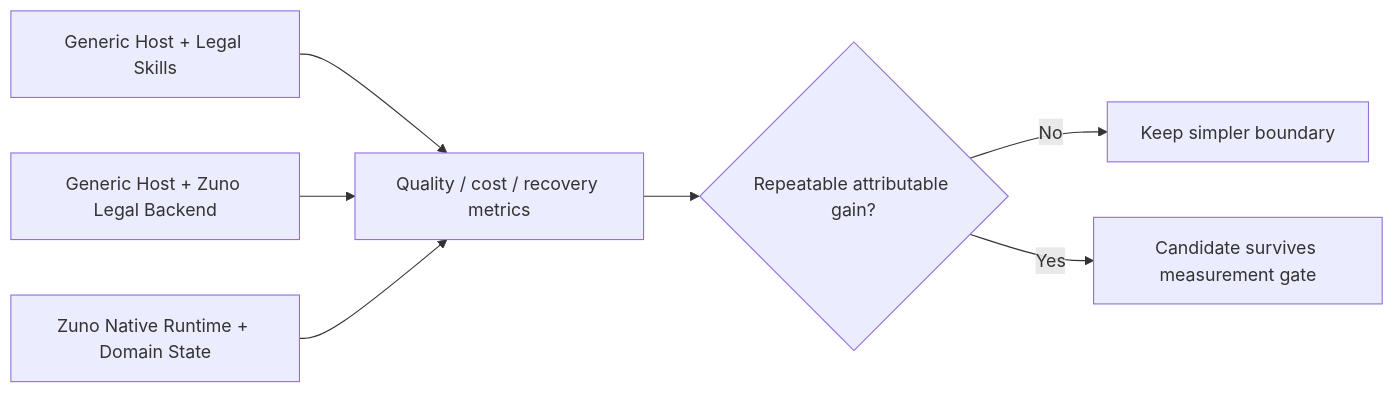
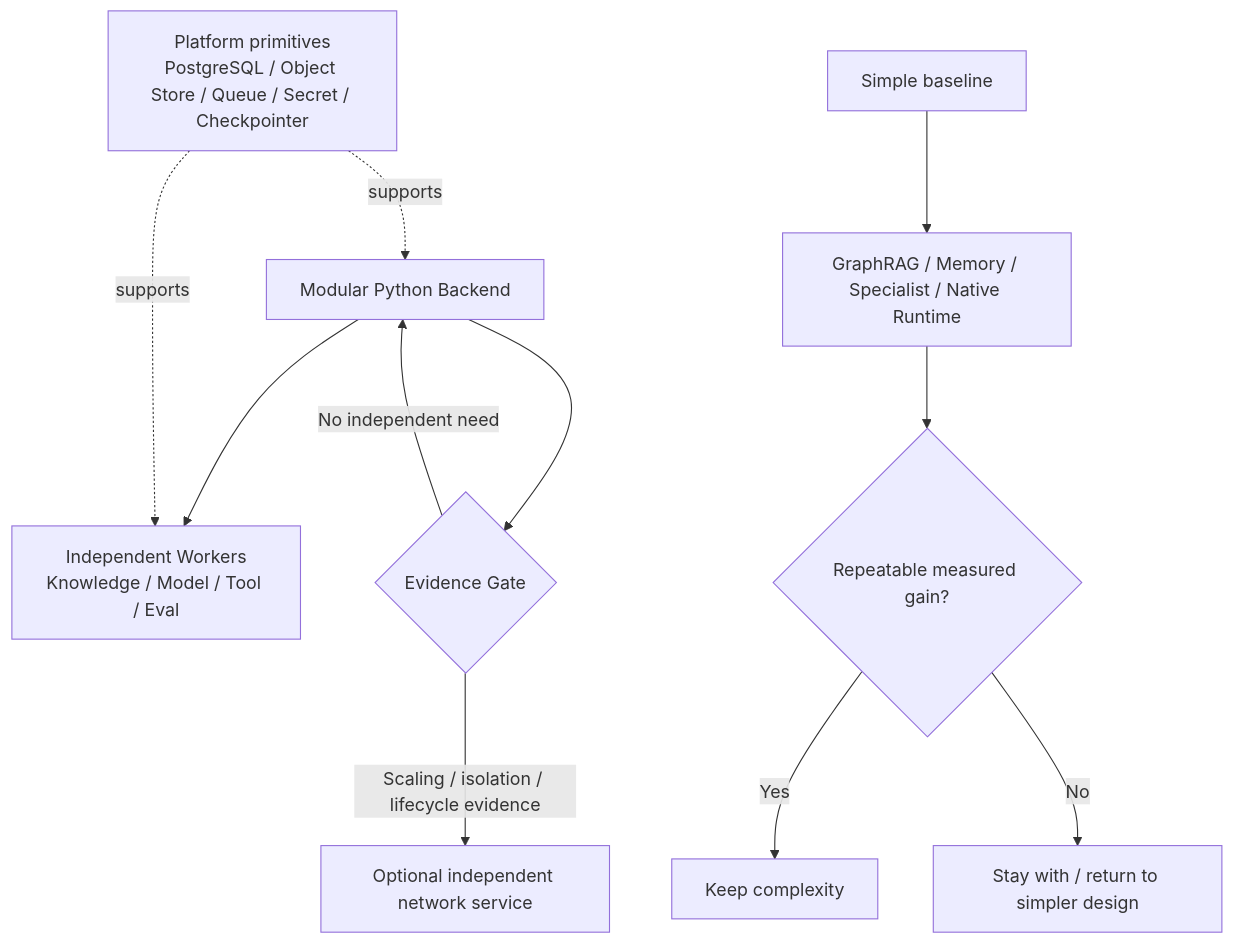
One commit to ProfessorZhi/Zuno changed the sixth of 6 diagrams in docs/architecture/architecture-views.md. Above: the diagram before and after it, drawn with Mermaid. The commit also changed other lines of this file and 10 other files, not shown here.

First line of the commit message:
docs: rewrite overall architecture as conceptual target design

````diff
--- a/docs/architecture/architecture-views.md
+++ b/docs/architecture/architecture-views.md
@@ -204,9 +173,24 @@
 ```mermaid
-flowchart LR
-  A[Generic Host + Legal Skills] --> METRIC[Quality / cost / recovery metrics]
-  B[Generic Host + Zuno Legal Backend] --> METRIC
-  C[Zuno Native Runtime + Domain State] --> METRIC
-  METRIC --> DECIDE{Repeatable attributable gain?}
-  DECIDE -->|No| SHRINK[Keep simpler boundary]
-  DECIDE -->|Yes| MEASURED[Candidate survives measurement gate]
+flowchart TB
+  START[Modular Python Backend]
+  WORKERS[Independent Workers\nKnowledge / Model / Tool / Eval]
+  PLATFORM[Platform primitives\nPostgreSQL / Object Store / Queue / Secret / Checkpointer]
+  GATE{Evidence Gate}
+  SERVICE[Optional independent network service]
+  BASELINE[Simple baseline]
+  COMPLEX[GraphRAG / Memory / Specialist / Native Runtime]
+  EVAL{Repeatable measured gain?}
+  KEEP[Keep complexity]
+  REMOVE[Stay with / return to simpler design]
+
+  START --> WORKERS
+  PLATFORM -. supports .-> START
+  PLATFORM -. supports .-> WORKERS
+  START --> GATE
+  GATE -->|Scaling / isolation / lifecycle evidence| SERVICE
+  GATE -->|No independent need| START
+
+  BASELINE --> COMPLEX --> EVAL
+  EVAL -->|Yes| KEEP
+  EVAL -->|No| REMOVE
 ```
````
